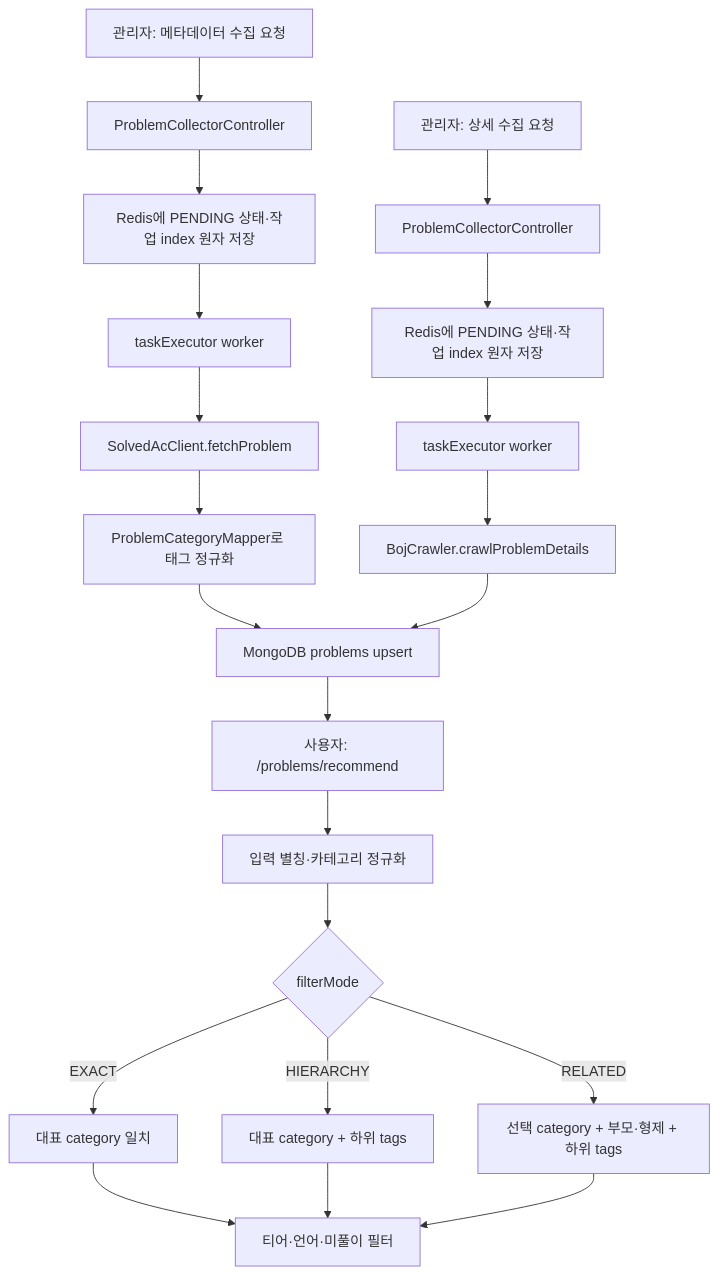
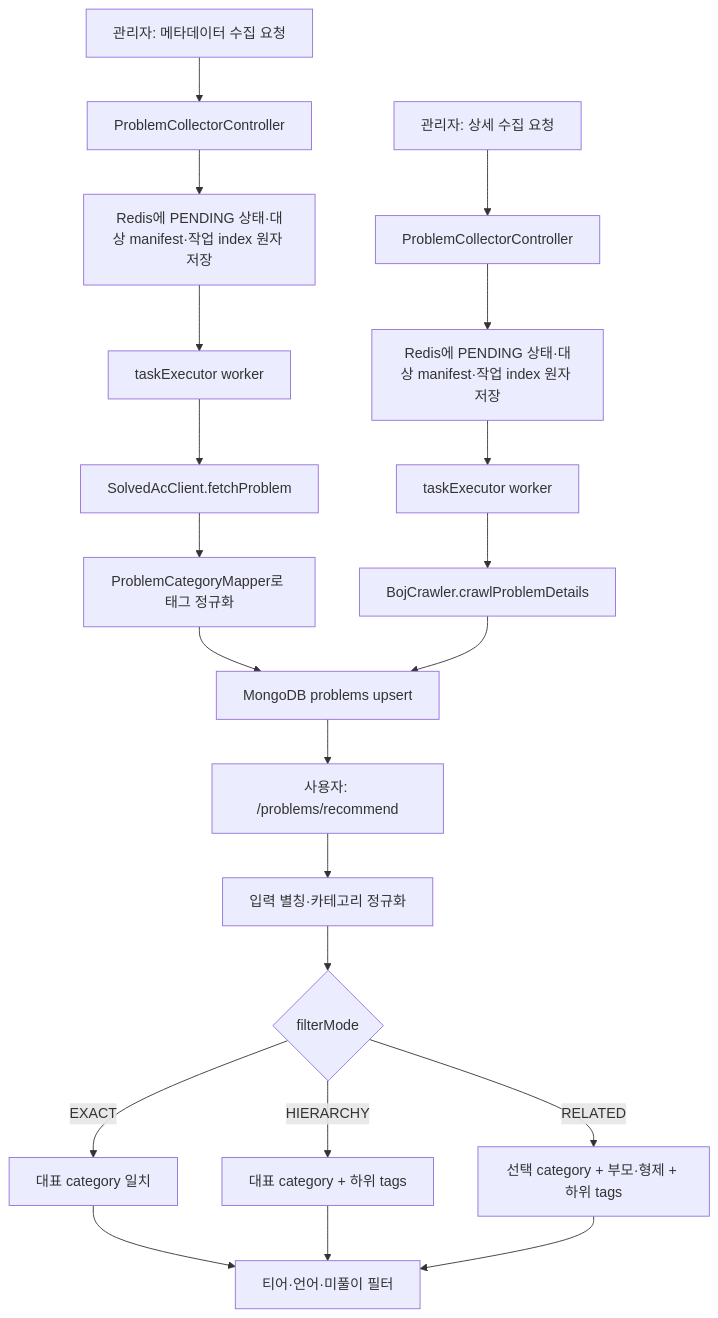
The diagram in DOCS/portfolio/PROBLEM_COLLECTION_AND_CATEGORY.md (didim-log/didim-log-BE), drawn with Mermaid before and after one commit. The commit also changed other lines of this file and 14 other files, not shown here.

````diff
--- a/DOCS/portfolio/PROBLEM_COLLECTION_AND_CATEGORY.md
+++ b/DOCS/portfolio/PROBLEM_COLLECTION_AND_CATEGORY.md
@@ -25,23 +25,23 @@
 ```mermaid
 flowchart TD
     A["관리자: 메타데이터 수집 요청"] --> B["ProblemCollectorController"]
-    B --> C["Redis에 PENDING 상태·작업 index 원자 저장"]
+    B --> C["Redis에 PENDING 상태·대상 manifest·작업 index 원자 저장"]
     C --> D["taskExecutor worker"]
     D --> E["SolvedAcClient.fetchProblem"]
     E --> F["ProblemCategoryMapper로 태그 정규화"]
     F --> G["MongoDB problems upsert"]
     H["관리자: 상세 수집 요청"] --> H2["ProblemCollectorController"]
-    H2 --> H3["Redis에 PENDING 상태·작업 index 원자 저장"]
+    H2 --> H3["Redis에 PENDING 상태·대상 manifest·작업 index 원자 저장"]
     H3 --> H4["taskExecutor worker"]
     H4 --> I["BojCrawler.crawlProblemDetails"]
     I --> G
     G --> J["사용자: /problems/recommend"]
     J --> K["입력 별칭·카테고리 정규화"]
     K --> L{"filterMode"}
     L -->|EXACT| M["대표 category 일치"]
     L -->|HIERARCHY| N["대표 category + 하위 tags"]
     L -->|RELATED| O["선택 category + 부모·형제 + 하위 tags"]
     M --> P["티어·언어·미풀이 필터"]
     N --> P
     O --> P
 ```
````
